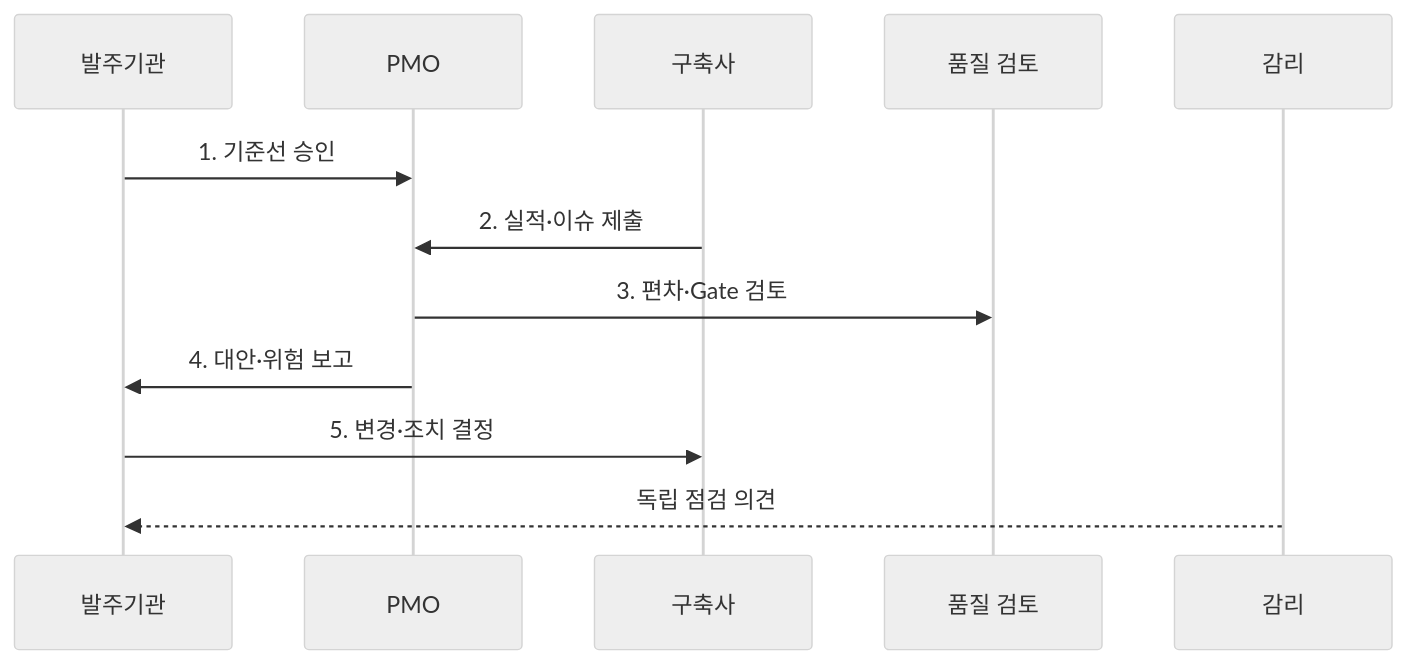
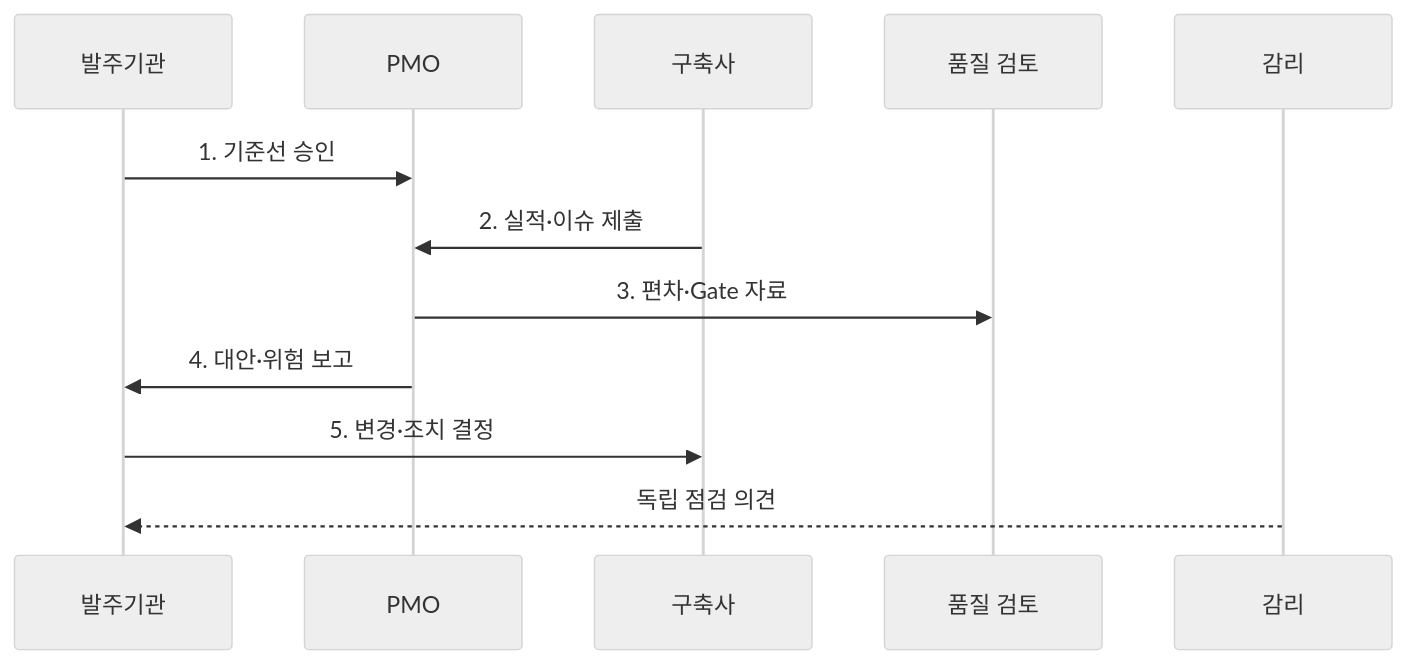
The second of 2 diagrams in src/content/docs/notes/03-software/191_pmo.md (agnusdei1207/knowledge-base), drawn with Mermaid (neutral theme) before and after one commit. The commit also changed other lines of this file and 20 other files, not shown here.

````diff
--- a/src/content/docs/notes/03-software/191_pmo.md
+++ b/src/content/docs/notes/03-software/191_pmo.md
@@ -78,14 +79,14 @@
 ```mermaid
 sequenceDiagram
     participant O as 발주기관
     participant P as PMO
     participant V as 구축사
     participant Q as 품질 검토
     participant A as 감리
     O->>P: 1. 기준선 승인
     V->>P: 2. 실적·이슈 제출
-    P->>Q: 3. 편차·Gate 검토
+    P->>Q: 3. 편차·Gate 자료
     P->>O: 4. 대안·위험 보고
     O->>V: 5. 변경·조치 결정
     A-->>O: 독립 점검 의견
 ```
````
